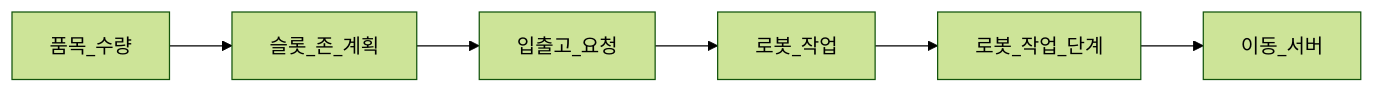
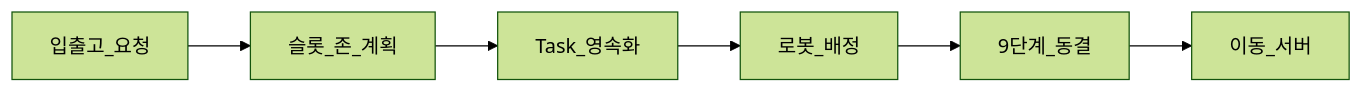
Before and after one commit to eduwing-robotics/ros2-ai-amr-repo3: the fifth of 10 diagrams in main_server/docs/ARCHITECTURE.md, drawn with Mermaid (forest theme). The commit also changed other lines of this file and 5 other files, not shown here.

````diff
--- a/main_server/docs/ARCHITECTURE.md
+++ b/main_server/docs/ARCHITECTURE.md
@@ -113,8 +115,8 @@
 ```mermaid
 flowchart LR
-  Req[품목_수량] --> Plan[슬롯_존_계획]
-  Plan --> WO[입출고_요청]
-  WO --> RobotTasks[로봇_작업]
-  RobotTasks --> Steps[로봇_작업_단계]
+  Req[입출고_요청] --> Plan[슬롯_존_계획]
+  Plan --> RobotTasks[Task_영속화]
+  RobotTasks --> Assign[로봇_배정]
+  Assign --> Steps[9단계_동결]
   Steps --> Mov[이동_서버]
 ```
````
